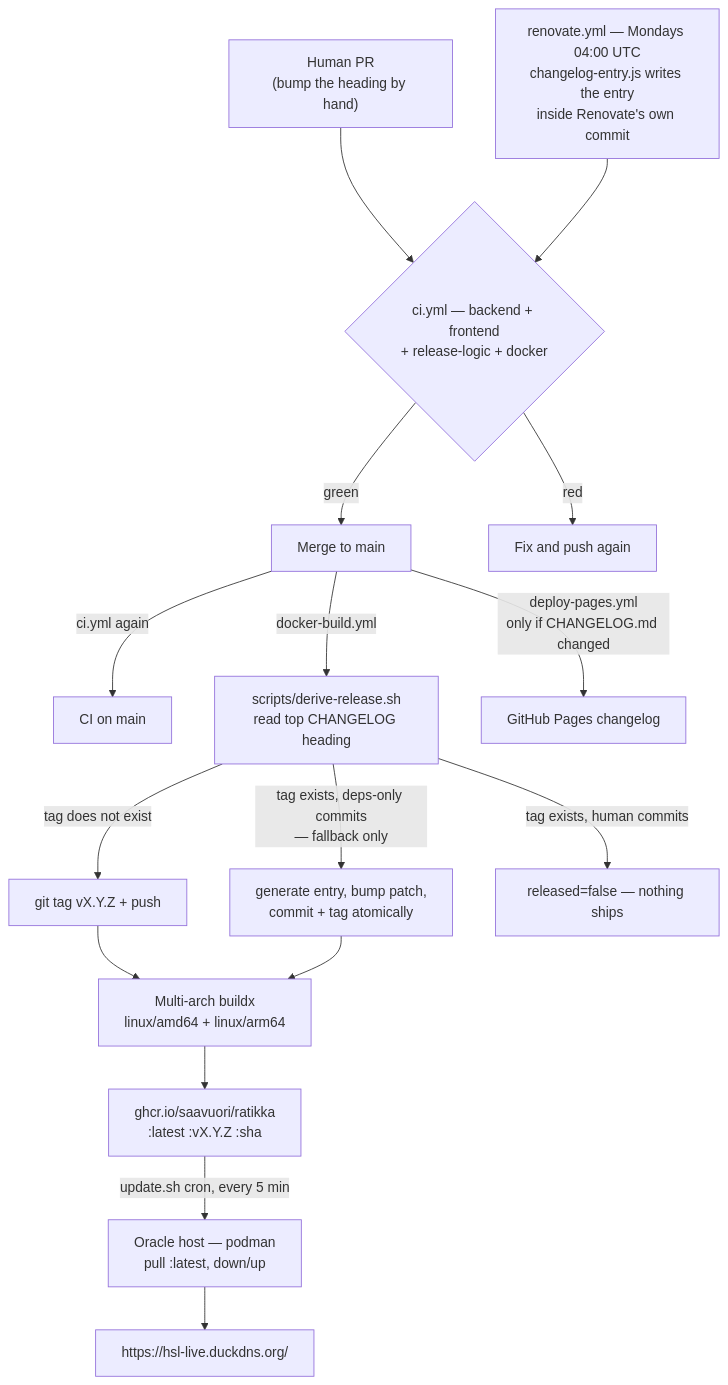
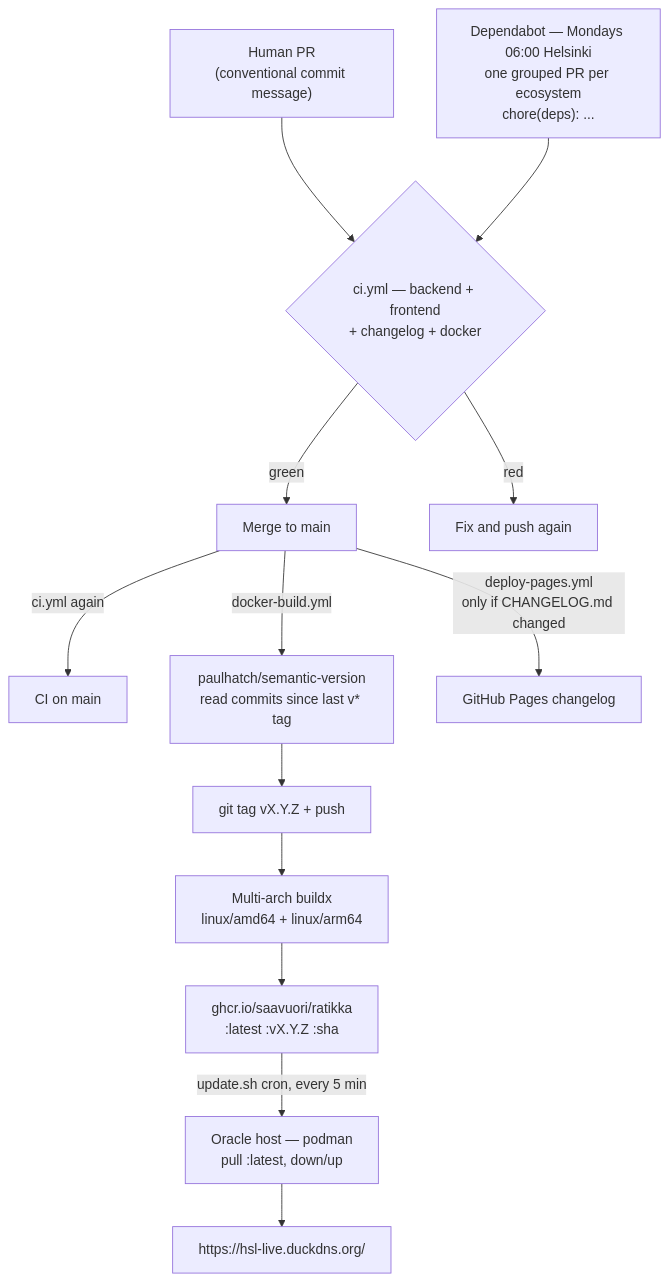
The diagram in docs/CICD.md (Saavuori/ratikka), drawn with Mermaid before and after one commit. The commit also changed other lines of this file and 14 other files, not shown here.

````diff
--- a/docs/CICD.md
+++ b/docs/CICD.md
@@ -15,25 +16,21 @@
 ```mermaid
 graph TD
-    Human["Human PR<br/>(bump the heading by hand)"] --> Gate
-    Renovate["renovate.yml — Mondays 04:00 UTC<br/>changelog-entry.js writes the entry<br/>inside Renovate's own commit"] --> Gate
+    Human["Human PR<br/>(conventional commit message)"] --> Gate
+    Dependabot["Dependabot — Mondays 06:00 Helsinki<br/>one grouped PR per ecosystem<br/>chore(deps): ..."] --> Gate
 
-    Gate{"ci.yml — backend + frontend<br/>+ release-logic + docker"}
+    Gate{"ci.yml — backend + frontend<br/>+ changelog + docker"}
     Gate -->|green| Merge["Merge to main"]
     Gate -->|red| Fix["Fix and push again"]
 
     Merge -->|ci.yml again| MainCI["CI on main"]
-    Merge -->|docker-build.yml| Derive["scripts/derive-release.sh<br/>read top CHANGELOG heading"]
+    Merge -->|docker-build.yml| Version["paulhatch/semantic-version<br/>read commits since last v* tag"]
 
-    Derive -->|tag does not exist| Tag["git tag vX.Y.Z + push"]
-    Derive -->|tag exists, deps-only commits<br/>— fallback only| AutoBump["generate entry, bump patch,<br/>commit + tag atomically"]
-    Derive -->|tag exists, human commits| Skip["released=false — nothing ships"]
-
+    Version --> Tag["git tag vX.Y.Z + push"]
     Tag --> Build["Multi-arch buildx<br/>linux/amd64 + linux/arm64"]
-    AutoBump --> Build
     Build --> GHCR["ghcr.io/saavuori/ratikka<br/>:latest :vX.Y.Z :sha"]
 
     GHCR -->|update.sh cron, every 5 min| Host["Oracle host — podman<br/>pull :latest, down/up"]
     Host --> Live["https://hsl-live.duckdns.org/"]
 
     Merge -->|deploy-pages.yml<br/>only if CHANGELOG.md changed| Pages["GitHub Pages changelog"]
 ```
````
